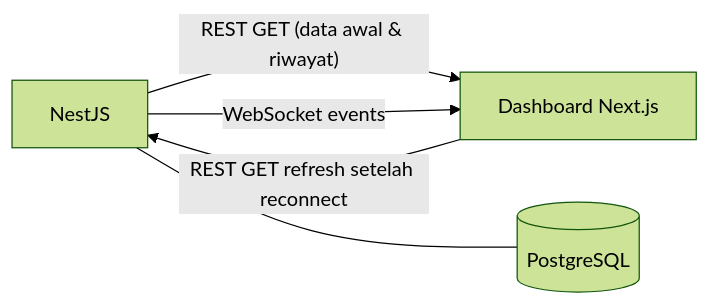
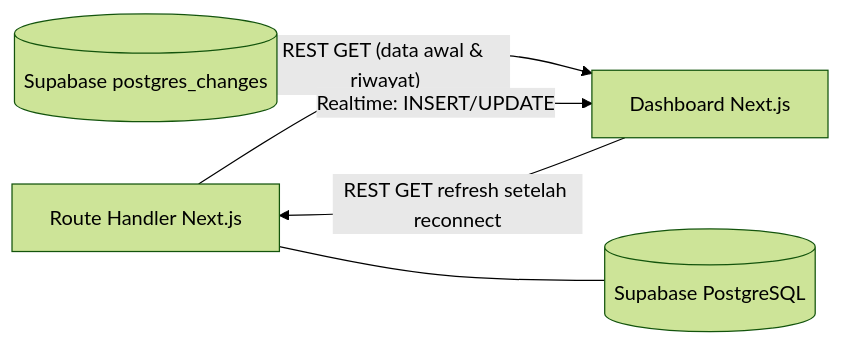
The diagram in ObsidianAllProgramSK/docs/dashboard.md (DandiKurnia/ProyekSK), drawn with Mermaid (forest theme) before and after one commit. The commit also changed other lines of this file and 18 other files, not shown here.

Commit message:
docs(arch): adopt Next.js + Supabase + USB serial topology and record daily log

````diff
--- a/ObsidianAllProgramSK/docs/dashboard.md
+++ b/ObsidianAllProgramSK/docs/dashboard.md
@@ -55,7 +55,7 @@
 ```mermaid
 flowchart LR
-    B[NestJS] -- "REST GET (data awal & riwayat)" --> D[Dashboard Next.js]
-    B -- "WebSocket events" --> D
+    B[Route Handler Next.js] -- "REST GET (data awal & riwayat)" --> D[Dashboard Next.js]
+    S[(Supabase postgres_changes)] -- "Realtime: INSERT/UPDATE" --> D
     D -- "REST GET refresh setelah reconnect" --> B
-    B --- DB[(PostgreSQL)]
+    B --- DB[(Supabase PostgreSQL)]
 ```
````
